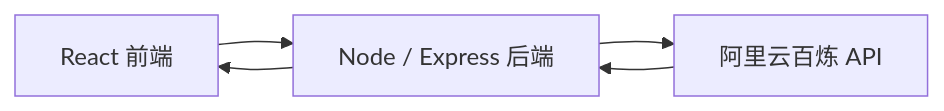
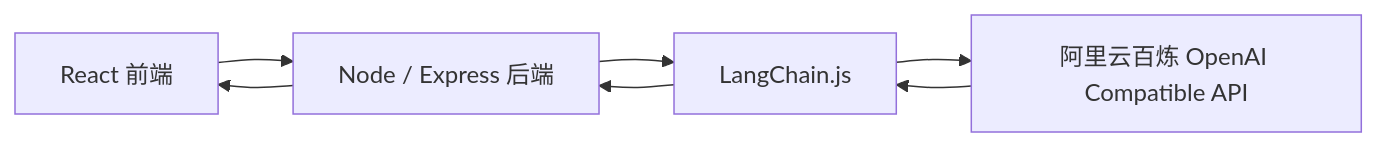
One commit to Garker/aequirements-analysis-agent changed the second of 2 diagrams in README.md. Above: the diagram before and after it, drawn with Mermaid. The commit also changed other lines of this file and 4 other files, not shown here.

Commit message:
add LangChain

````diff
--- a/README.md
+++ b/README.md
@@ -175,7 +175,9 @@
 ```mermaid
 flowchart LR
     A[React 前端] --> B[Node / Express 后端]
-    B --> C[阿里云百炼 API]
+    B --> C[LangChain.js]
+    C --> D[阿里云百炼 OpenAI Compatible API]
+    D --> C
     C --> B
     B --> A
 ```
````
